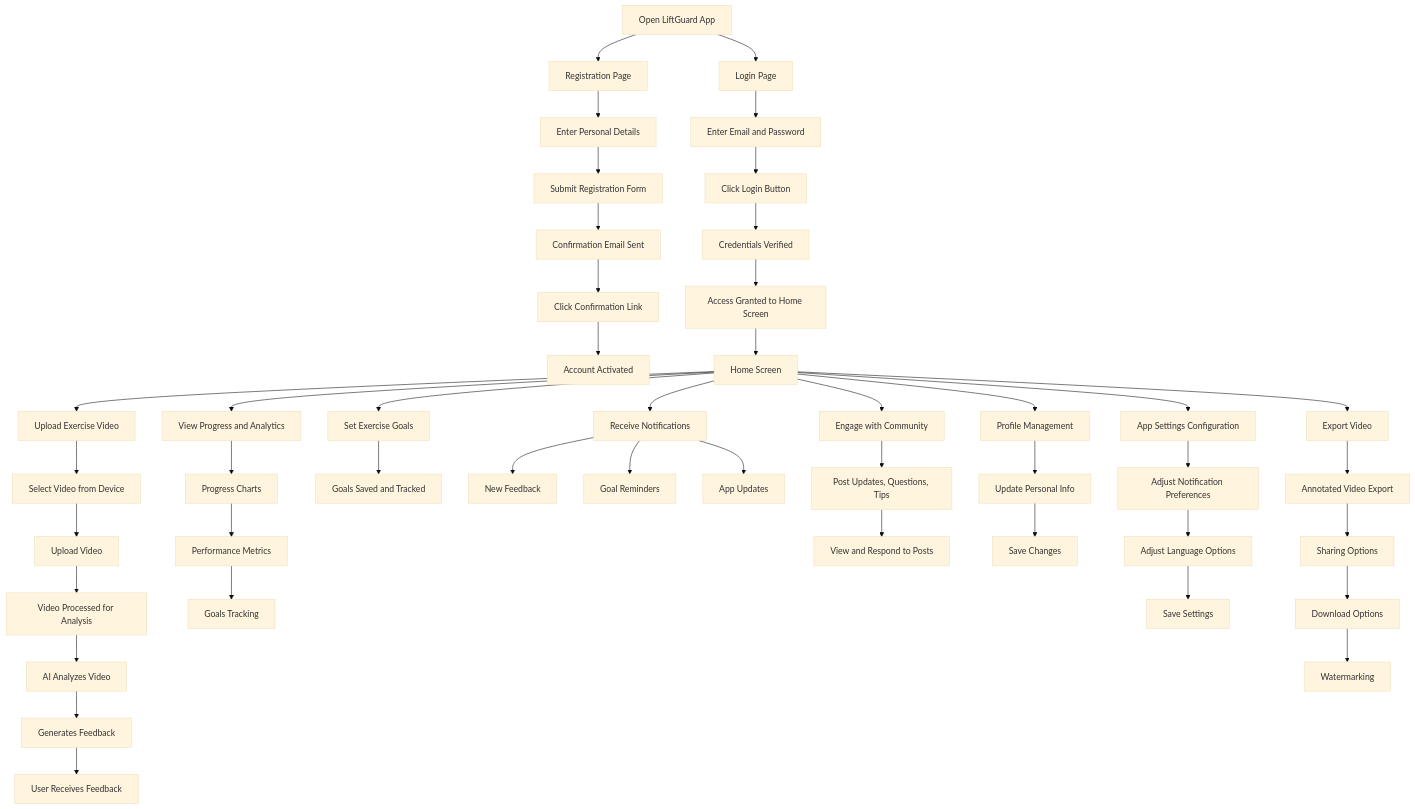
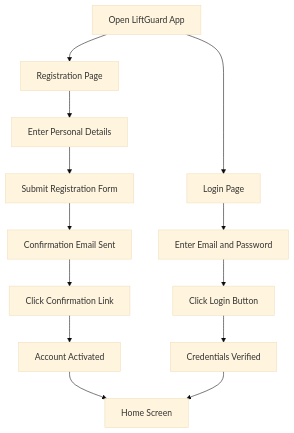
The second of 2 diagrams in documents/functional-specification.md (Quentin-Clement/Moonshot-Project-Quentin-Clement), drawn with Mermaid (base theme) before and after one commit.

Commit message:
modified user workflow diagram

````diff
--- a/documents/functional-specification.md
+++ b/documents/functional-specification.md
@@ -229,57 +229,17 @@
 ```mermaid
 graph TD
     A[Open LiftGuard App] --> B[Registration Page]
     B --> C[Enter Personal Details]
     C --> D[Submit Registration Form]
     D --> E[Confirmation Email Sent]
     E --> F[Click Confirmation Link]
     F --> G[Account Activated]
 
     A --> H[Login Page]
     H --> I[Enter Email and Password]
     I --> J[Click Login Button]
     J --> K[Credentials Verified]
-    K --> L[Access Granted to Home Screen]
 
-    L --> M[Home Screen]
-    M --> N[Upload Exercise Video]
-    N --> O[Select Video from Device]
-    O --> P[Upload Video]
-    P --> Q[Video Processed for Analysis]
-    
-    Q --> R[AI Analyzes Video]
-    R --> S[Generates Feedback]
-    S --> T[User Receives Feedback]
-
-    M --> U[View Progress and Analytics]
-    U --> V[Progress Charts]
-    V --> W[Performance Metrics]
-    W --> X[Goals Tracking]
-
-    M --> Y[Set Exercise Goals]
-    Y --> Z[Goals Saved and Tracked]
-
-    M --> AA[Receive Notifications]
-    AA --> AB[New Feedback]
-    AA --> AC[Goal Reminders]
-    AA --> AD[App Updates]
-
-    M --> AE[Engage with Community]
-    AE --> AF[Post Updates, Questions, Tips]
-    AF --> AG[View and Respond to Posts]
-
-    M --> AH[Profile Management]
-    AH --> AI[Update Personal Info]
-    AI --> AJ[Save Changes]
-
-    M --> AK[App Settings Configuration]
-    AK --> AL[Adjust Notification Preferences]
-    AL --> AM[Adjust Language Options]
-    AM --> AN[Save Settings]
-
-    M --> AO[Export Video]
-    AO --> AP[Annotated Video Export]
-    AP --> AQ[Sharing Options]
-    AQ --> AR[Download Options]
-    AR --> AS[Watermarking]
+    G --> L[Home Screen]
+    K --> L[Home Screen]
 ```
````
